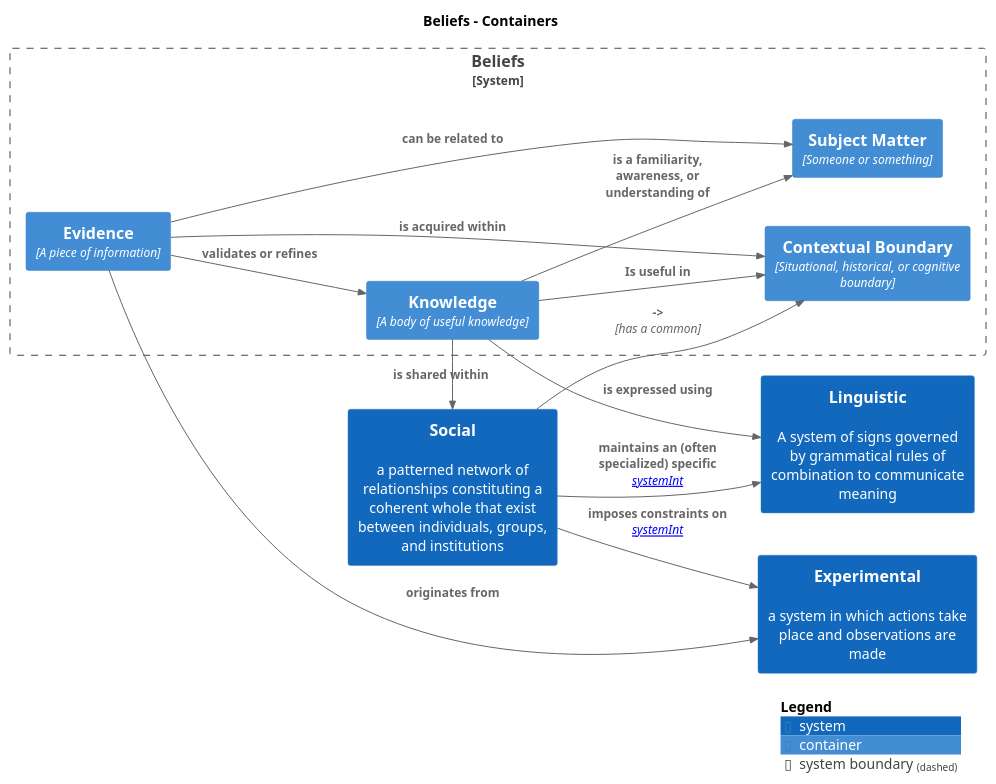
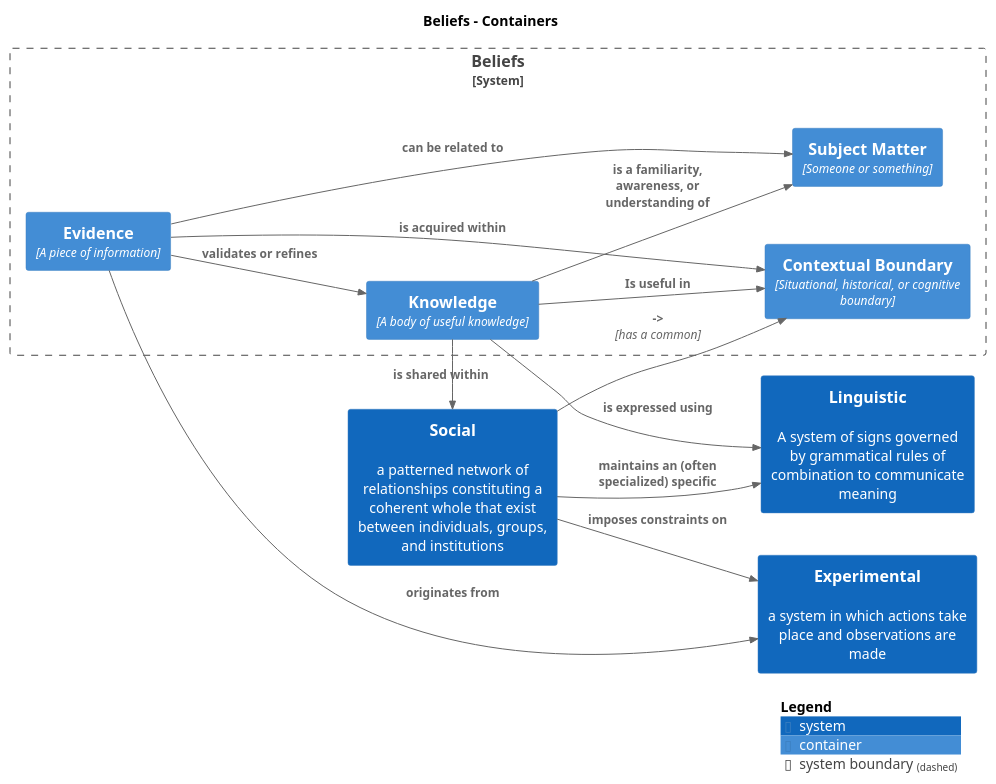
The diagram in src/0_Pattern_Language/_diagrams/structurizr-BeliefDomain.puml (sddevelopment-be/penguin-pragmatic-patterns), drawn with PlantUML before and after one commit. The commit also changed 9 other files, not shown here.

Commit message:
Include diagrams on meta-cognition

```diff
--- a/src/0_Pattern_Language/_diagrams/structurizr-BeliefDomain.puml
+++ b/src/0_Pattern_Language/_diagrams/structurizr-BeliefDomain.puml
@@ -1,34 +1,34 @@
 @startuml
 title Beliefs - Containers
 
 left to right direction
 
 !include https://raw.githubusercontent.com/plantuml-stdlib/C4-PlantUML/master/C4.puml
 !include https://raw.githubusercontent.com/plantuml-stdlib/C4-PlantUML/master/C4_Context.puml
 !include https://raw.githubusercontent.com/plantuml-stdlib/C4-PlantUML/master/C4_Container.puml
 
 System(Linguistic, "Linguistic", "A system of signs governed by grammatical rules of combination to communicate meaning", $tags="Element+Software System+communication")
 System(Social, "Social", "a patterned network of relationships constituting a coherent whole that exist between individuals, groups, and institutions", $tags="Element+Software System+people")
 System(Experimental, "Experimental", "a system in which actions take place and observations are made", $tags="Element+Software System+science")
 
 System_Boundary("Beliefs_boundary", "Beliefs") {
   Container(Beliefs.Knowledge, "Knowledge", "A body of useful knowledge", $tags="Element+Container")
   Container(Beliefs.SubjectMatter, "Subject Matter", "Someone or something", $tags="Element+Container")
   Container(Beliefs.ContextualBoundary, "Contextual Boundary", "Situational, historical, or cognitive boundary", $tags="Element+Container")
   Container(Beliefs.Evidence, "Evidence", "A piece of information", $tags="Element+Container")
 }
 
 Rel_D(Beliefs.Knowledge, Linguistic, "is expressed using", $tags="Relationship")
 Rel_D(Social, Beliefs.ContextualBoundary, "->", "has a common", $tags="Relationship")
 Rel_D(Beliefs.Knowledge, Social, "is shared within", $tags="Relationship")
 Rel_D(Beliefs.Knowledge, Beliefs.ContextualBoundary, "Is useful in", $tags="Relationship")
 Rel_D(Beliefs.Knowledge, Beliefs.SubjectMatter, "is a familiarity, awareness, or understanding of", $tags="Relationship")
 Rel_D(Beliefs.Evidence, Beliefs.Knowledge, "validates or refines", $tags="Relationship")
 Rel_D(Beliefs.Evidence, Beliefs.SubjectMatter, "can be related to", $tags="Relationship")
 Rel_D(Beliefs.Evidence, Beliefs.ContextualBoundary, "is acquired within", $tags="Relationship")
-Rel_D(Social, Linguistic, "maintains an (often specialized) specific", "[systemInt]", $tags="Relationship")
-Rel_D(Social, Experimental, "imposes constraints on", "[systemInt]", $tags="Relationship")
+Rel_D(Social, Linguistic, "maintains an (often specialized) specific", $tags="Relationship")
+Rel_D(Social, Experimental, "imposes constraints on", $tags="Relationship")
 Rel_D(Beliefs.Evidence, Experimental, "originates from", $tags="Relationship")
 
 SHOW_LEGEND()
 @enduml
```
